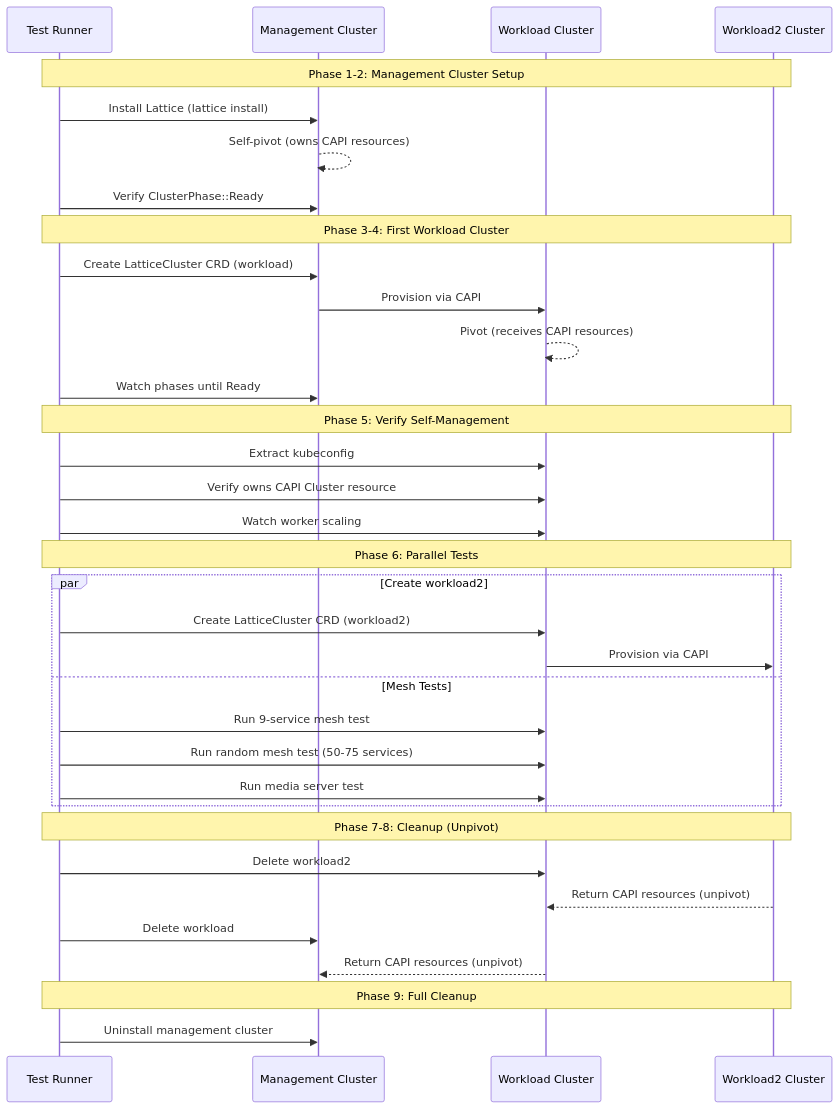
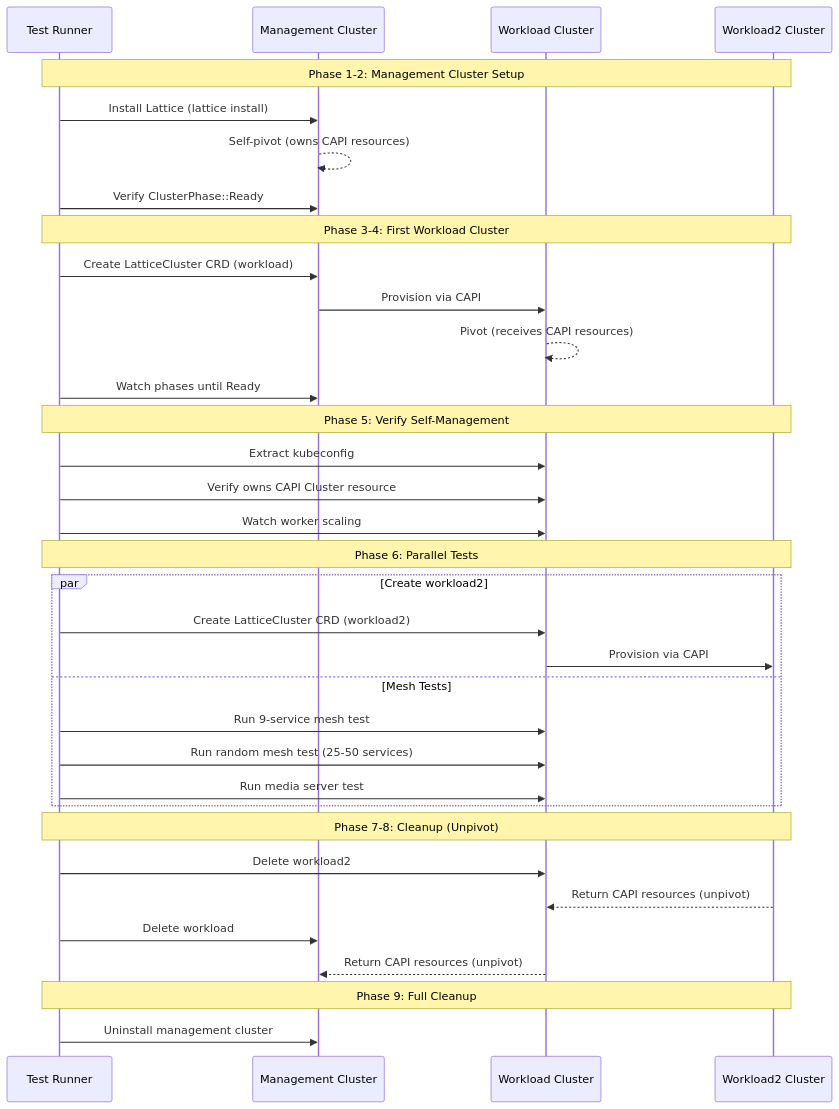
One commit to evan-hines-js/lattice changed the second of 18 diagrams in docs/e2e-tests.md. Above: the diagram before and after it, drawn with Mermaid. The commit also changed other lines of this file and 14 other files, not shown here.

````diff
--- a/docs/e2e-tests.md
+++ b/docs/e2e-tests.md
@@ -67,42 +67,42 @@
 ```mermaid
 sequenceDiagram
     participant T as Test Runner
     participant M as Management Cluster
     participant W1 as Workload Cluster
     participant W2 as Workload2 Cluster
 
     Note over T,W2: Phase 1-2: Management Cluster Setup
     T->>M: Install Lattice (lattice install)
     M-->>M: Self-pivot (owns CAPI resources)
     T->>M: Verify ClusterPhase::Ready
 
     Note over T,W2: Phase 3-4: First Workload Cluster
     T->>M: Create LatticeCluster CRD (workload)
     M->>W1: Provision via CAPI
     W1-->>W1: Pivot (receives CAPI resources)
     T->>M: Watch phases until Ready
 
     Note over T,W2: Phase 5: Verify Self-Management
     T->>W1: Extract kubeconfig
     T->>W1: Verify owns CAPI Cluster resource
     T->>W1: Watch worker scaling
 
     Note over T,W2: Phase 6: Parallel Tests
     par Create workload2
         T->>W1: Create LatticeCluster CRD (workload2)
         W1->>W2: Provision via CAPI
     and Mesh Tests
         T->>W1: Run 9-service mesh test
-        T->>W1: Run random mesh test (50-75 services)
+        T->>W1: Run random mesh test (25-50 services)
         T->>W1: Run media server test
     end
 
     Note over T,W2: Phase 7-8: Cleanup (Unpivot)
     T->>W1: Delete workload2
     W2-->>W1: Return CAPI resources (unpivot)
     T->>M: Delete workload
     W1-->>M: Return CAPI resources (unpivot)
 
     Note over T,W2: Phase 9: Full Cleanup
     T->>M: Uninstall management cluster
 ```
````
